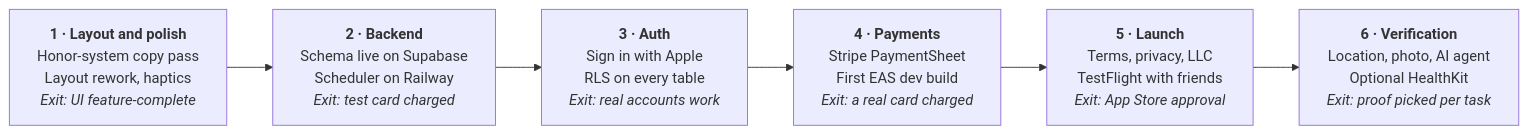
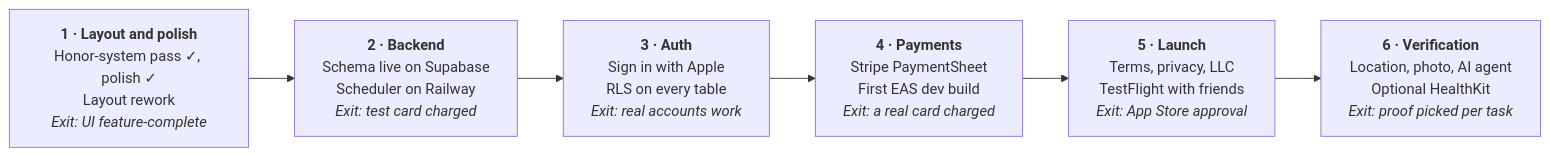
The second of 2 diagrams in docs/specsheet.md (aravindg250/lazystakes), drawn with Mermaid before and after one commit. The commit also changed other lines of this file and 35 other files, not shown here.

First line of the commit message:
Phase 1: honor-system v1 and polish

````diff
--- a/docs/specsheet.md
+++ b/docs/specsheet.md
@@ -366,11 +371,11 @@
 ```mermaid
 flowchart LR
-    P1["<b>1 · Layout and polish</b><br/>Honor-system copy pass<br/>Layout rework, haptics<br/><i>Exit: UI feature-complete</i>"]
+    P1["<b>1 · Layout and polish</b><br/>Honor-system pass ✓, polish ✓<br/>Layout rework<br/><i>Exit: UI feature-complete</i>"]
     P2["<b>2 · Backend</b><br/>Schema live on Supabase<br/>Scheduler on Railway<br/><i>Exit: test card charged</i>"]
     P3["<b>3 · Auth</b><br/>Sign in with Apple<br/>RLS on every table<br/><i>Exit: real accounts work</i>"]
     P4["<b>4 · Payments</b><br/>Stripe PaymentSheet<br/>First EAS dev build<br/><i>Exit: a real card charged</i>"]
     P5["<b>5 · Launch</b><br/>Terms, privacy, LLC<br/>TestFlight with friends<br/><i>Exit: App Store approval</i>"]
     P6["<b>6 · Verification</b><br/>Location, photo, AI agent<br/>Optional HealthKit<br/><i>Exit: proof picked per task</i>"]
 
     P1 --> P2 --> P3 --> P4 --> P5 --> P6
 ```
````
